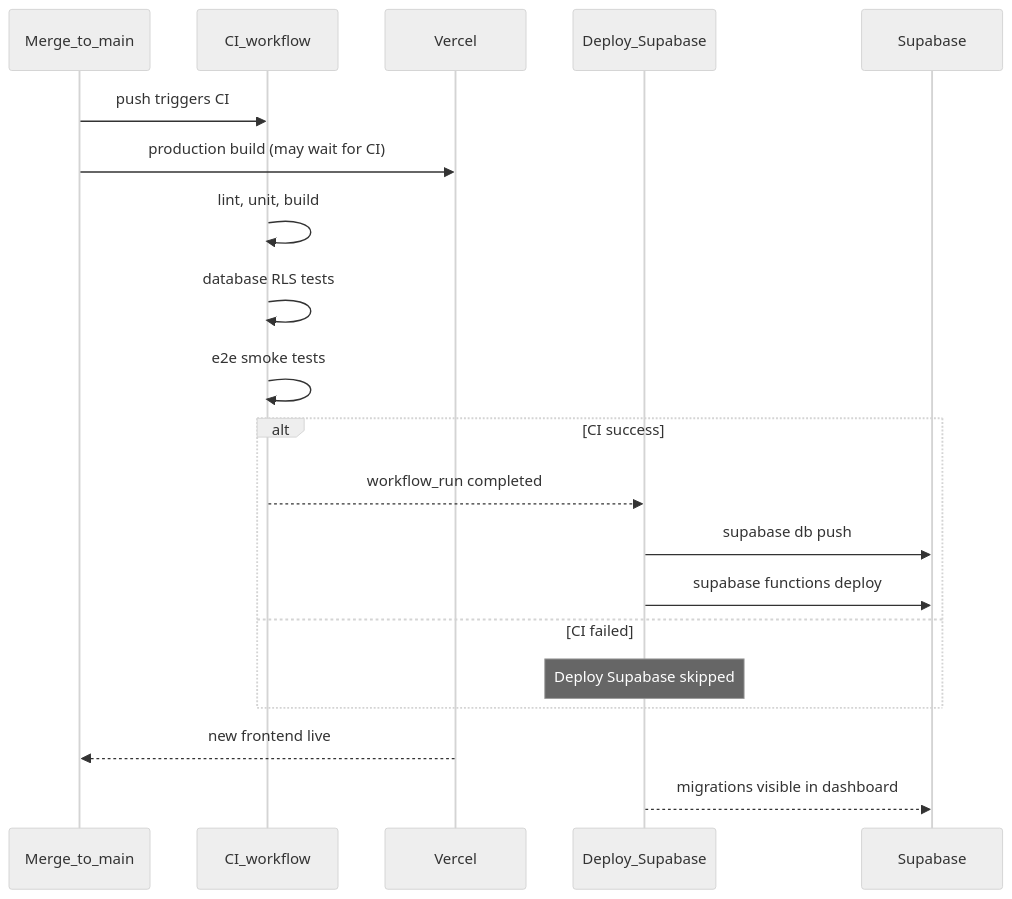
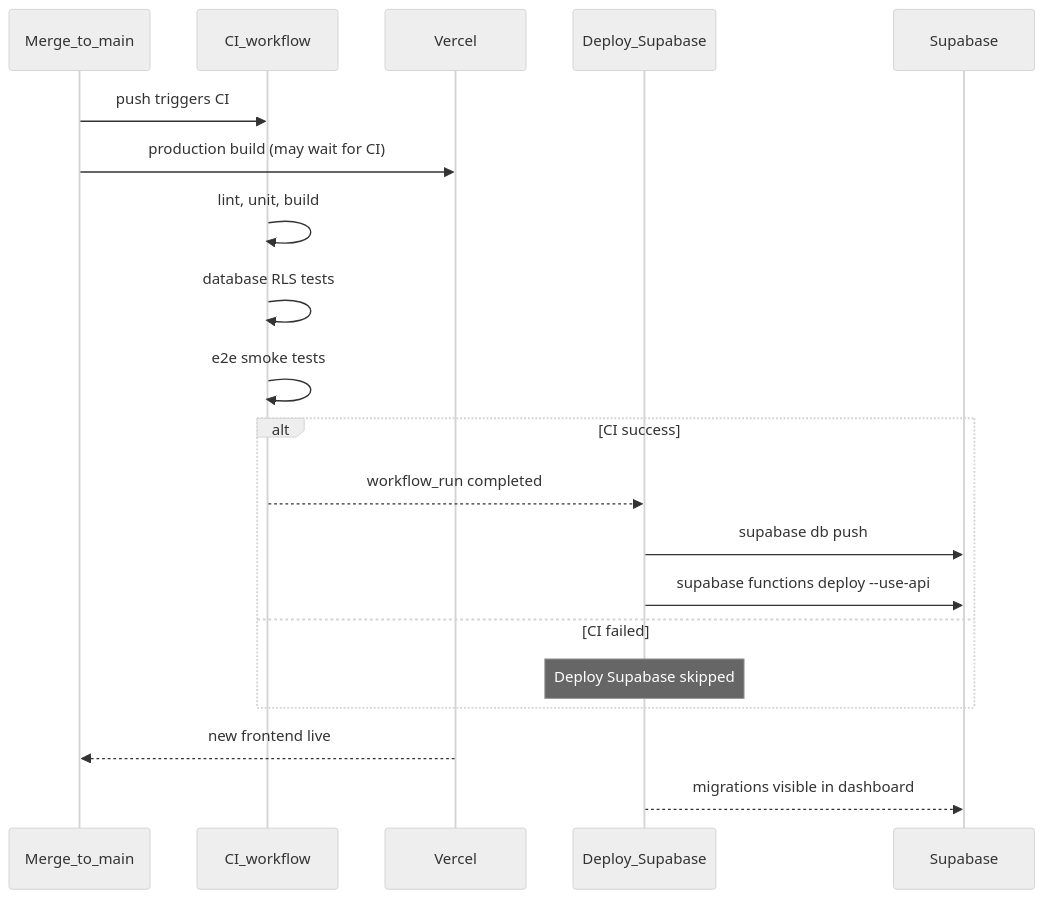
The diagram in CONTRIBUTING.md (ecuaryan/bucket-my-money), drawn with Mermaid (neutral theme) before and after one commit. The commit also changed other lines of this file and 3 other files, not shown here.

First line of the commit message:
v1.16.5: Deploy Edge Functions without pulling a Docker image (#302)

````diff
--- a/CONTRIBUTING.md
+++ b/CONTRIBUTING.md
@@ -193,23 +193,23 @@
 ```mermaid
 sequenceDiagram
   participant Merge as Merge_to_main
   participant CI as CI_workflow
   participant Vercel
   participant Deploy as Deploy_Supabase
   participant Supabase
 
   Merge->>CI: push triggers CI
   Merge->>Vercel: production build (may wait for CI)
   CI->>CI: lint, unit, build
   CI->>CI: database RLS tests
   CI->>CI: e2e smoke tests
   alt CI success
     CI-->>Deploy: workflow_run completed
     Deploy->>Supabase: supabase db push
-    Deploy->>Supabase: supabase functions deploy
+    Deploy->>Supabase: supabase functions deploy --use-api
   else CI failed
     Note over Deploy: Deploy Supabase skipped
   end
   Vercel-->>Merge: new frontend live
   Deploy-->>Supabase: migrations visible in dashboard
 ```
````
